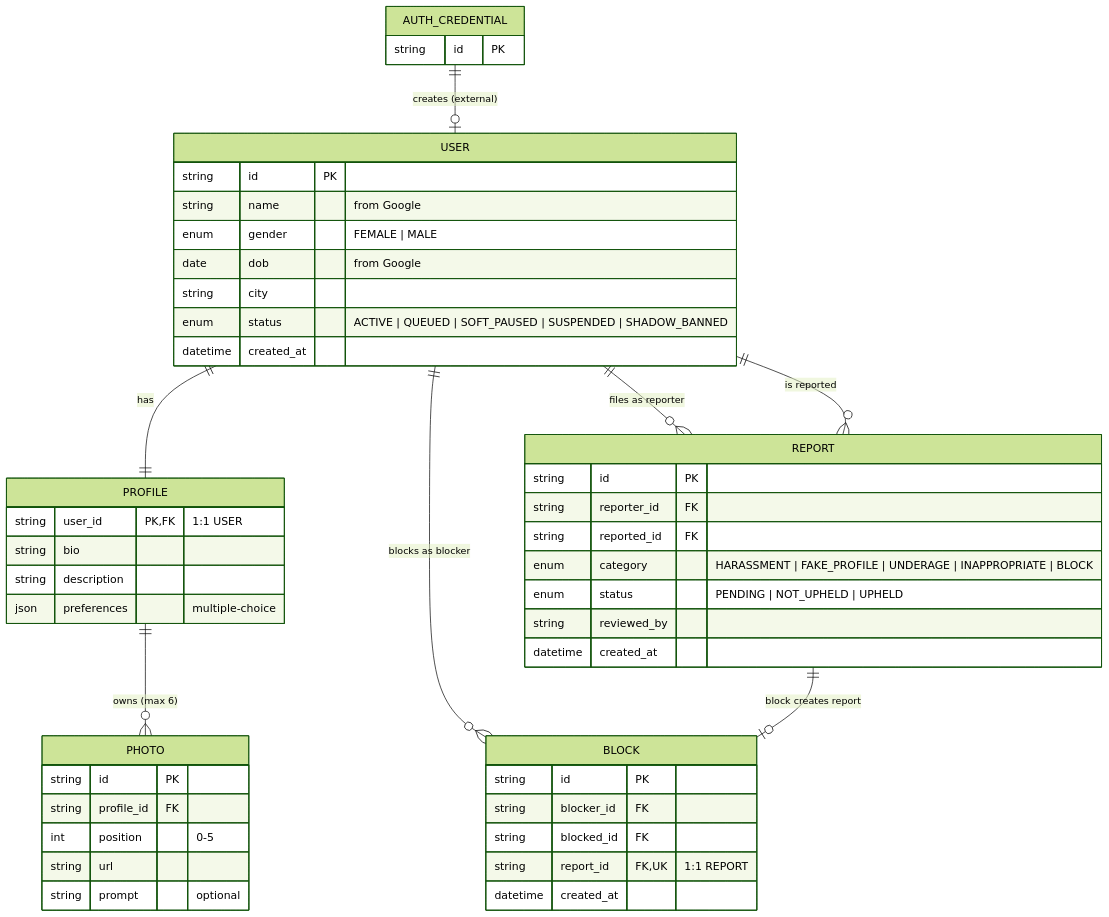
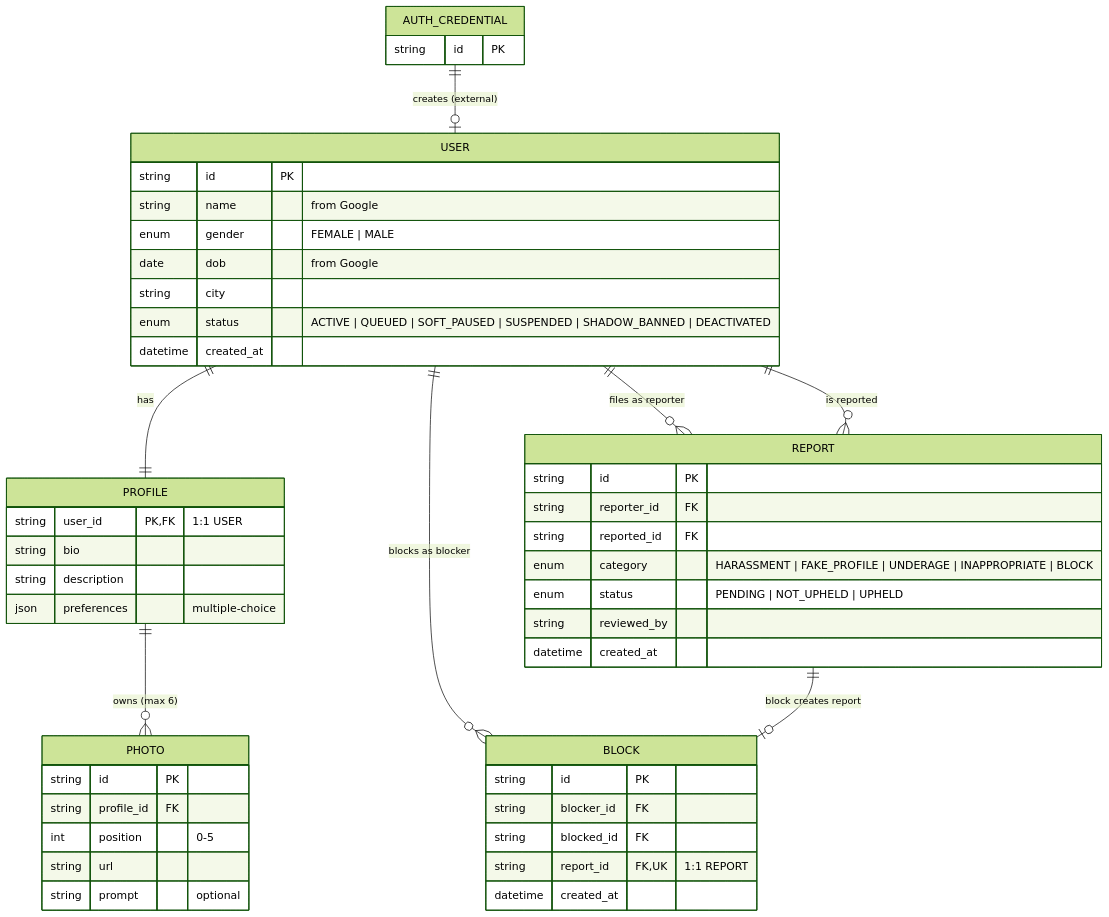
Before and after one commit to cheetah-org/fold-design: the second of 8 diagrams in entities/er-diagram.md, drawn with Mermaid (forest theme). The commit also changed other lines of this file and 5 other files, not shown here.

````diff
--- a/entities/er-diagram.md
+++ b/entities/er-diagram.md
@@ -207,56 +207,56 @@
 ```mermaid
 erDiagram
     %% Owned entities
     USER {
         string id PK
         string name "from Google"
         enum gender "FEMALE | MALE"
         date dob "from Google"
         string city
-        enum status "ACTIVE | QUEUED | SOFT_PAUSED | SUSPENDED | SHADOW_BANNED"
+        enum status "ACTIVE | QUEUED | SOFT_PAUSED | SUSPENDED | SHADOW_BANNED | DEACTIVATED"
         datetime created_at
     }
     PROFILE {
         string user_id PK, FK "1:1 USER"
         string bio
         string description
         json preferences "multiple-choice"
     }
     PHOTO {
         string id PK
         string profile_id FK
         int position "0-5"
         string url
         string prompt "optional"
     }
     REPORT {
         string id PK
         string reporter_id FK
         string reported_id FK
         enum category "HARASSMENT | FAKE_PROFILE | UNDERAGE | INAPPROPRIATE | BLOCK"
         enum status "PENDING | NOT_UPHELD | UPHELD"
         string reviewed_by
         datetime created_at
     }
     BLOCK {
         string id PK
         string blocker_id FK
         string blocked_id FK
         string report_id FK, UK "1:1 REPORT"
         datetime created_at
     }
 
     %% External reference (owned by Auth Service)
     AUTH_CREDENTIAL {
         string id PK
     }
 
     %% Relationships
     AUTH_CREDENTIAL ||--o| USER : "creates (external)"
     USER ||--|| PROFILE : "has"
     PROFILE ||--o{ PHOTO : "owns (max 6)"
     USER ||--o{ REPORT : "files as reporter"
     USER ||--o{ REPORT : "is reported"
     USER ||--o{ BLOCK : "blocks as blocker"
     REPORT ||--o| BLOCK : "block creates report"
 ```
````
